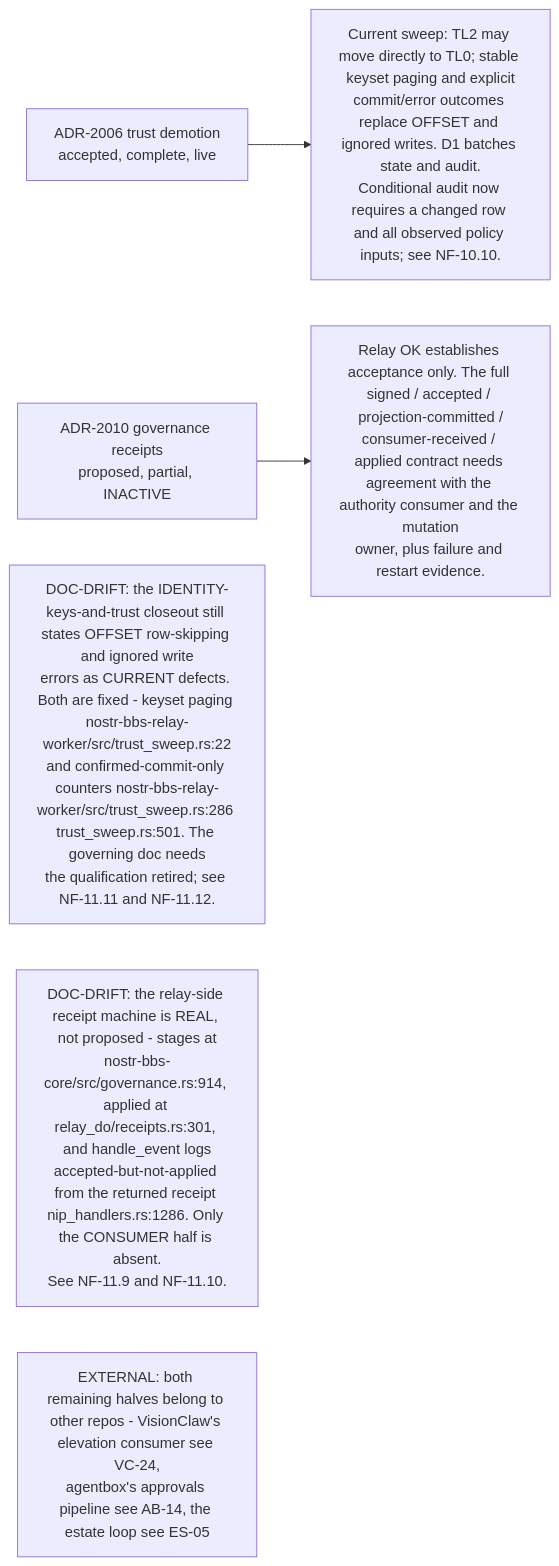
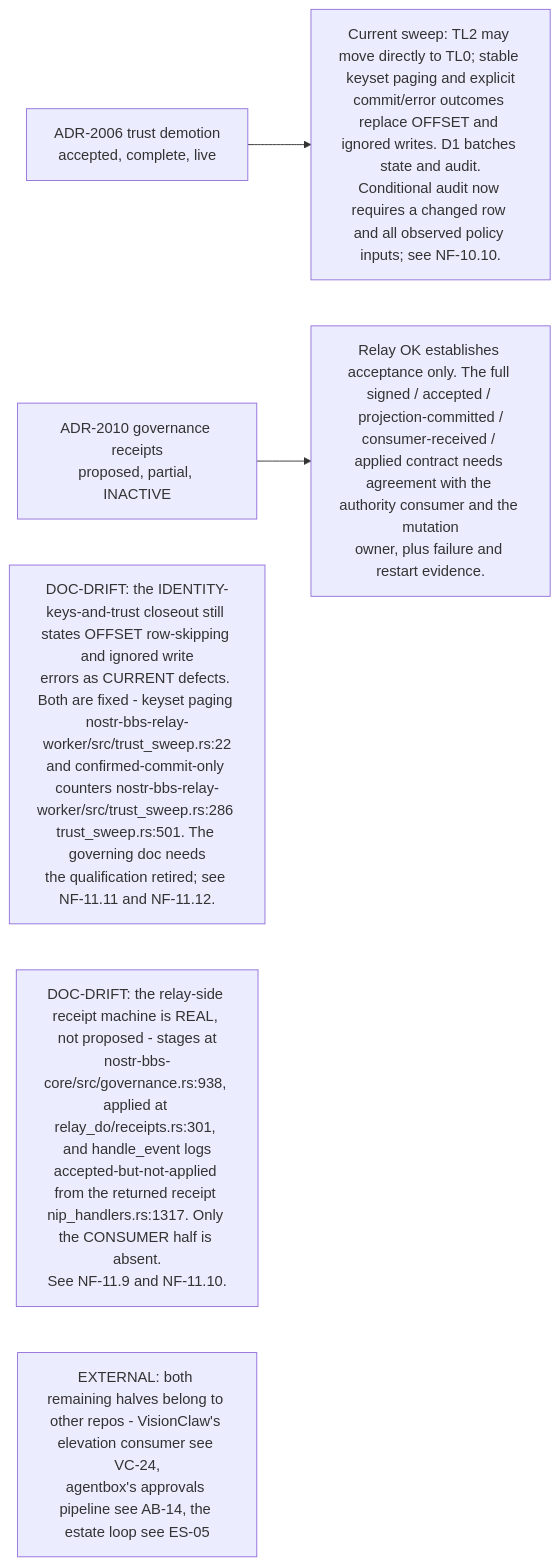
Before and after one commit to DreamLab-AI/VisionFlow: the seventh of 10 diagrams in docs/diagrams/nostr-rust-forum/10-invariants-and-anomaly-register.md, drawn with Mermaid. The commit also changed other lines of this file and 111 other files, not shown here.

Commit message:
docs(diagrams): align estate maps with current source

````diff
--- a/docs/diagrams/nostr-rust-forum/10-invariants-and-anomaly-register.md
+++ b/docs/diagrams/nostr-rust-forum/10-invariants-and-anomaly-register.md
@@ -148,14 +150,14 @@
 ```mermaid
 flowchart LR
     A2006["ADR-2006 trust demotion<br/>accepted, complete, live"]
     Q2006["Current sweep: TL2 may move directly to TL0; stable keyset paging and explicit<br/>commit/error outcomes replace OFFSET and ignored writes. D1 batches state and audit.<br/>Conditional audit now requires a changed row and all observed policy inputs; see NF-10.10."]
     A2010["ADR-2010 governance receipts<br/>proposed, partial, INACTIVE"]
     Q2010["Relay OK establishes acceptance only. The full signed / accepted / projection-committed /<br/>consumer-received / applied contract needs agreement with the authority consumer and the mutation<br/>owner, plus failure and restart evidence."]
 
     A2006 --> Q2006
     A2010 --> Q2010
 
     N1["DOC-DRIFT: the IDENTITY-keys-and-trust closeout still states OFFSET row-skipping and ignored write<br/>errors as CURRENT defects. Both are fixed - keyset paging nostr-bbs-relay-worker/src/trust_sweep.rs:22<br/>and confirmed-commit-only counters nostr-bbs-relay-worker/src/trust_sweep.rs:286 trust_sweep.rs:501. The governing doc needs<br/>the qualification retired; see NF-11.11 and NF-11.12."]
-    N2["DOC-DRIFT: the relay-side receipt machine is REAL, not proposed - stages at<br/>nostr-bbs-core/src/governance.rs:914, applied at relay_do/receipts.rs:301, and handle_event logs<br/>accepted-but-not-applied from the returned receipt nip_handlers.rs:1286. Only the CONSUMER half is absent.<br/>See NF-11.9 and NF-11.10."]
+    N2["DOC-DRIFT: the relay-side receipt machine is REAL, not proposed - stages at<br/>nostr-bbs-core/src/governance.rs:938, applied at relay_do/receipts.rs:301, and handle_event logs<br/>accepted-but-not-applied from the returned receipt nip_handlers.rs:1317. Only the CONSUMER half is absent.<br/>See NF-11.9 and NF-11.10."]
     N3["EXTERNAL: both remaining halves belong to other repos - VisionClaw's elevation consumer see VC-24,<br/>agentbox's approvals pipeline see AB-14, the estate loop see ES-05"]
 ```
````
